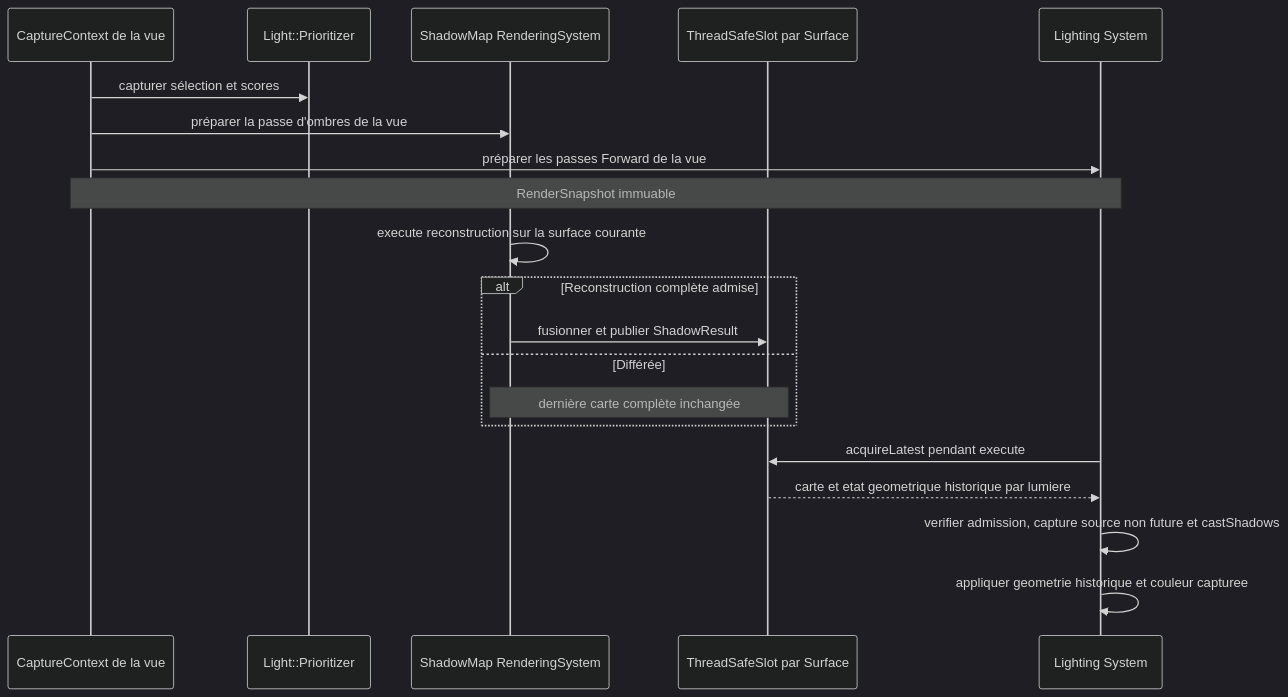
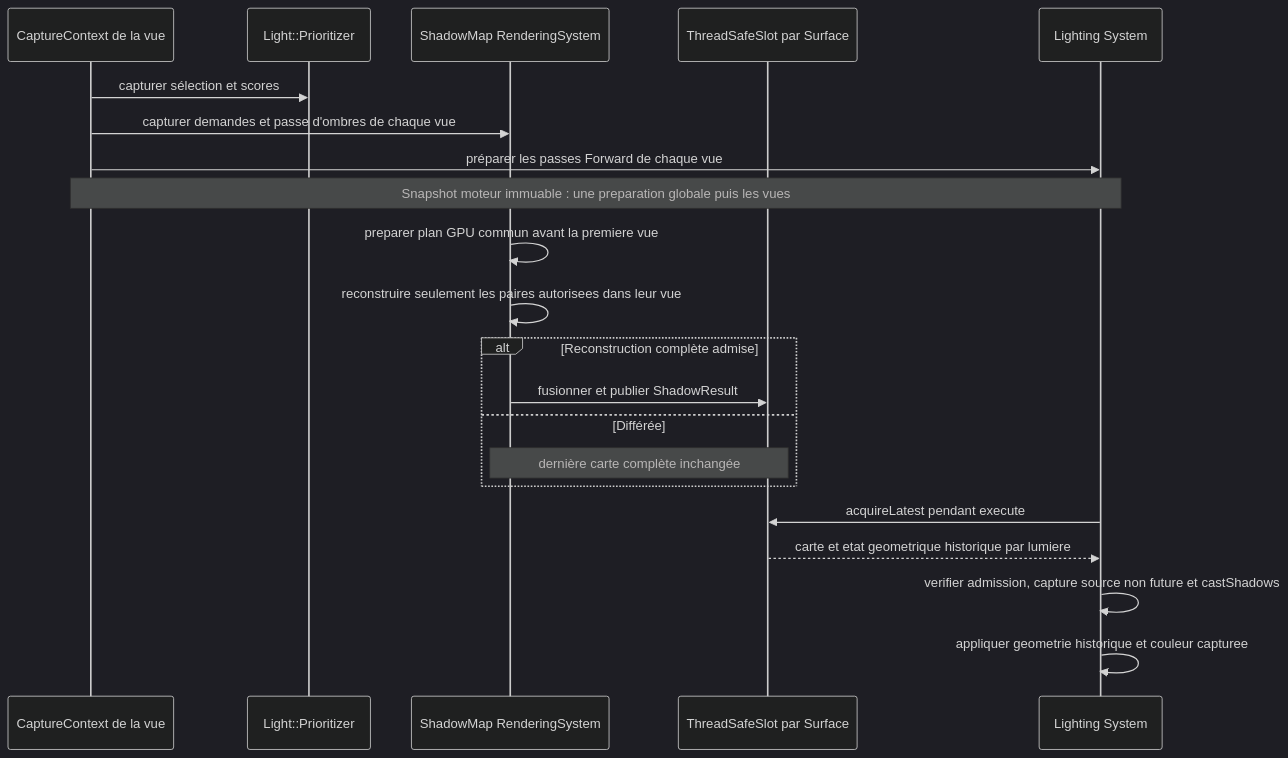
One commit to EreliaStudio/Sparkle changed the first of 10 diagrams in docs/voxel-engine-v0.1.4/08-lumieres-et-ombres.md. Above: the diagram before and after it, drawn with Mermaid (dark theme). The commit also changed other lines of this file, not shown here.

Commit message:
docs(v0.1.4): define global per-surface point shadow preparation Q-ARCH-002

````diff
--- a/docs/voxel-engine-v0.1.4/08-lumieres-et-ombres.md
+++ b/docs/voxel-engine-v0.1.4/08-lumieres-et-ombres.md
@@ -15,22 +15,23 @@
 ```mermaid
 sequenceDiagram
   participant CPU as CaptureContext de la vue
   participant P as Light::Prioritizer
   participant SH as ShadowMap RenderingSystem
   participant Slot as ThreadSafeSlot par Surface
   participant LI as Lighting System
   CPU->>P: capturer sélection et scores
-  CPU->>SH: préparer la passe d'ombres de la vue
-  CPU->>LI: préparer les passes Forward de la vue
-  Note over CPU,LI: RenderSnapshot immuable
-  SH->>SH: execute reconstruction sur la surface courante
+  CPU->>SH: capturer demandes et passe d'ombres de chaque vue
+  CPU->>LI: préparer les passes Forward de chaque vue
+  Note over CPU,LI: Snapshot moteur immuable : une preparation globale puis les vues
+  SH->>SH: preparer plan GPU commun avant la premiere vue
+  SH->>SH: reconstruire seulement les paires autorisees dans leur vue
   alt Reconstruction complète admise
     SH->>Slot: fusionner et publier ShadowResult
   else Différée
     Note over SH,Slot: dernière carte complète inchangée
   end
   LI->>Slot: acquireLatest pendant execute
   Slot-->>LI: carte et etat geometrique historique par lumiere
   LI->>LI: verifier admission, capture source non future et castShadows
   LI->>LI: appliquer geometrie historique et couleur capturee
 ```
````
